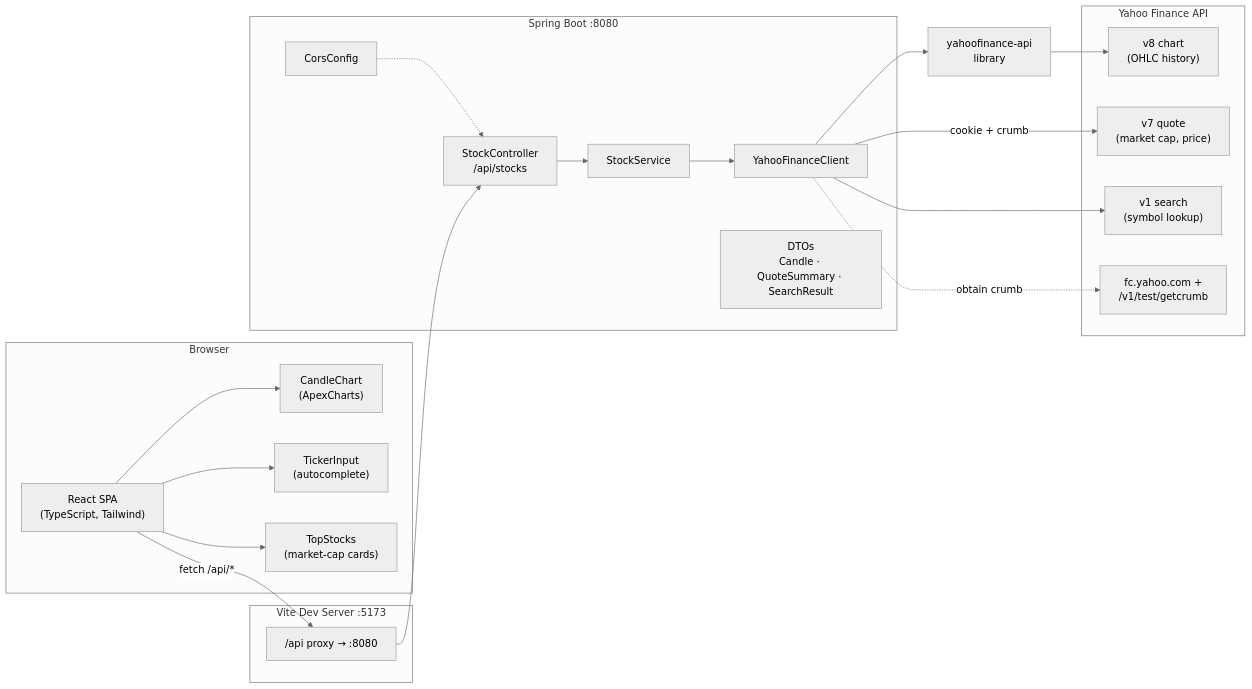
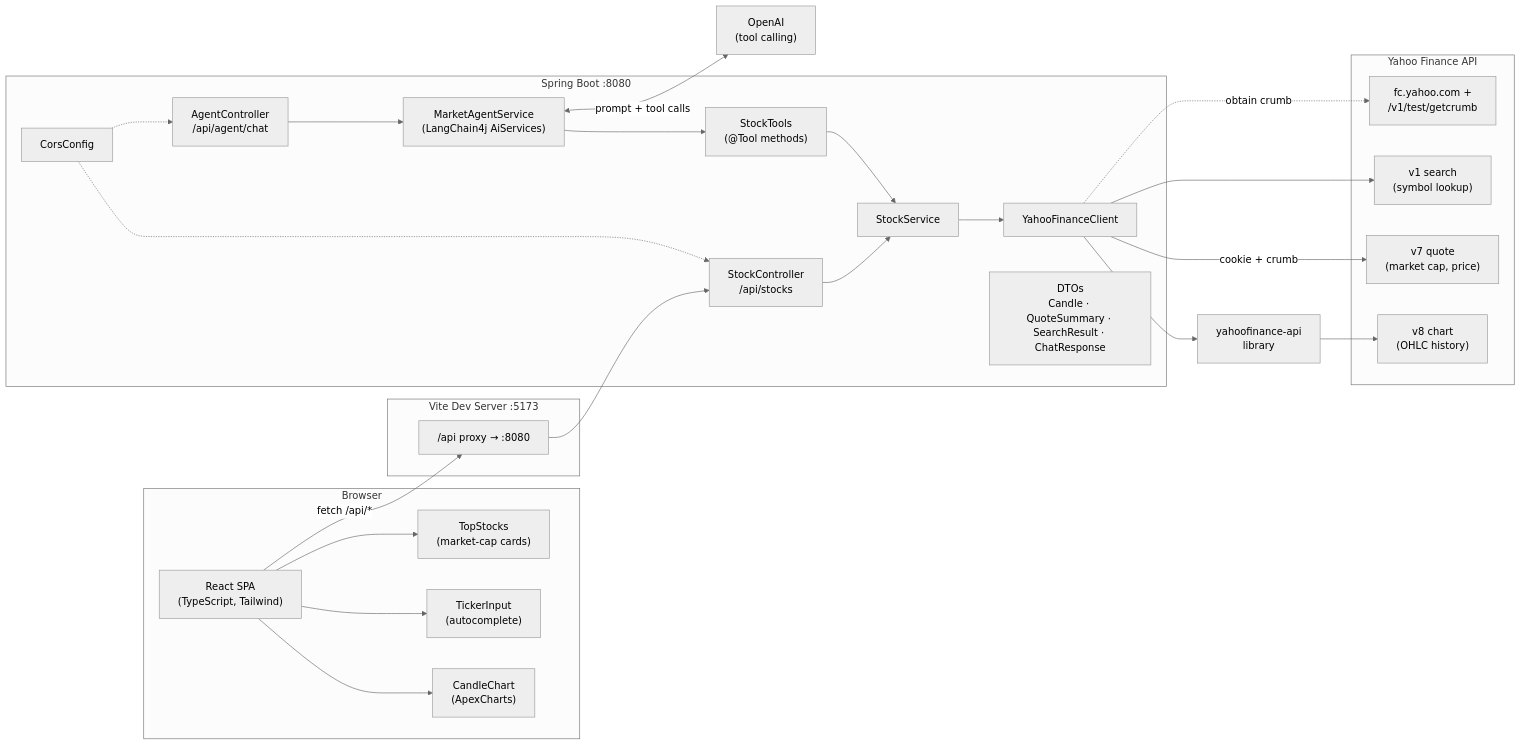
The first of 4 diagrams in docs/ARCHITECTURE.md (azhussain/financial-dashboard), drawn with Mermaid (neutral theme) before and after one commit. The commit also changed other lines of this file and 29 other files, not shown here.

````diff
--- a/docs/ARCHITECTURE.md
+++ b/docs/ARCHITECTURE.md
@@ -7,39 +7,46 @@
 ```mermaid
 flowchart LR
     subgraph Client["Browser"]
         UI["React SPA<br/>(TypeScript, Tailwind)"]
         Chart["CandleChart<br/>(ApexCharts)"]
         Tick["TickerInput<br/>(autocomplete)"]
         Top["TopStocks<br/>(market-cap cards)"]
         UI --> Chart & Tick & Top
     end
 
     subgraph Vite["Vite Dev Server :5173"]
         Proxy["/api proxy → :8080"]
     end
 
     subgraph Backend["Spring Boot :8080"]
         Ctrl["StockController<br/>/api/stocks"]
+        AgentCtrl["AgentController<br/>/api/agent/chat"]
+        AgentSvc["MarketAgentService<br/>(LangChain4j AiServices)"]
+        Tools["StockTools<br/>(@Tool methods)"]
         Svc["StockService"]
         Client_YF["YahooFinanceClient"]
         CORS["CorsConfig"]
-        DTO["DTOs<br/>Candle · QuoteSummary · SearchResult"]
+        DTO["DTOs<br/>Candle · QuoteSummary · SearchResult · ChatResponse"]
         Ctrl --> Svc --> Client_YF
-        CORS -.-> Ctrl
+        AgentCtrl --> AgentSvc --> Tools --> Svc
+        CORS -.-> Ctrl & AgentCtrl
     end
+
+    LLM["OpenAI<br/>(tool calling)"]
+    AgentSvc <-->|"prompt + tool calls"| LLM
 
     subgraph Yahoo["Yahoo Finance API"]
         V8["v8 chart<br/>(OHLC history)"]
         V7["v7 quote<br/>(market cap, price)"]
         V1["v1 search<br/>(symbol lookup)"]
         FC["fc.yahoo.com +<br/>/v1/test/getcrumb"]
     end
 
     Lib["yahoofinance-api<br/>library"]
 
     UI -->|"fetch /api/*"| Proxy --> Ctrl
     Client_YF --> Lib --> V8
     Client_YF -->|"cookie + crumb"| V7
     Client_YF --> V1
     Client_YF -.->|"obtain crumb"| FC
 ```
````
